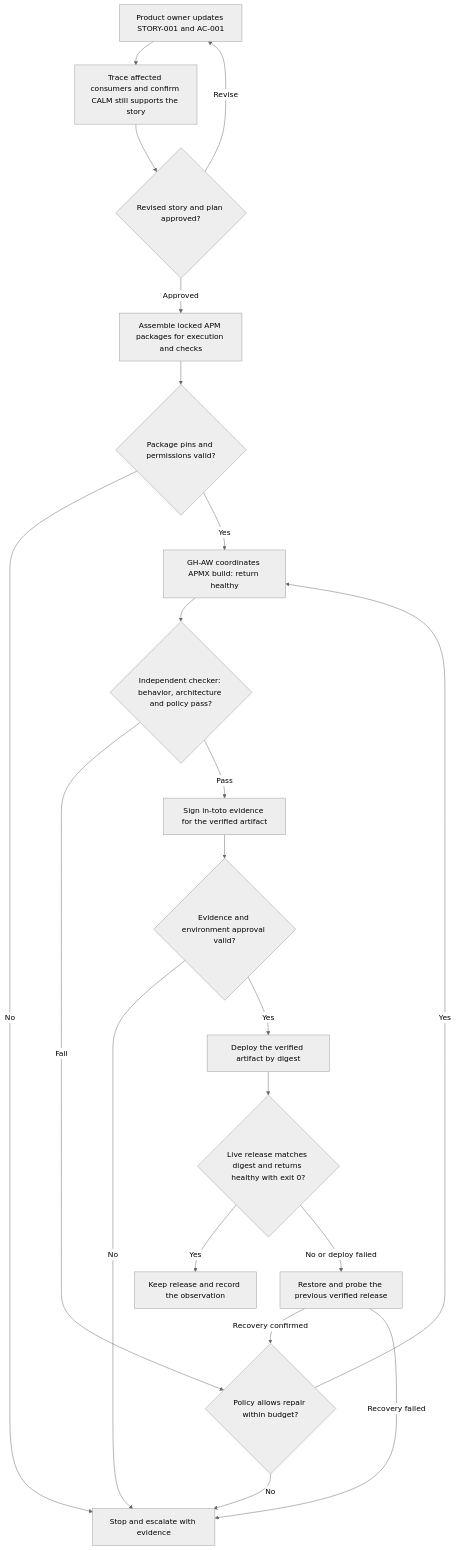
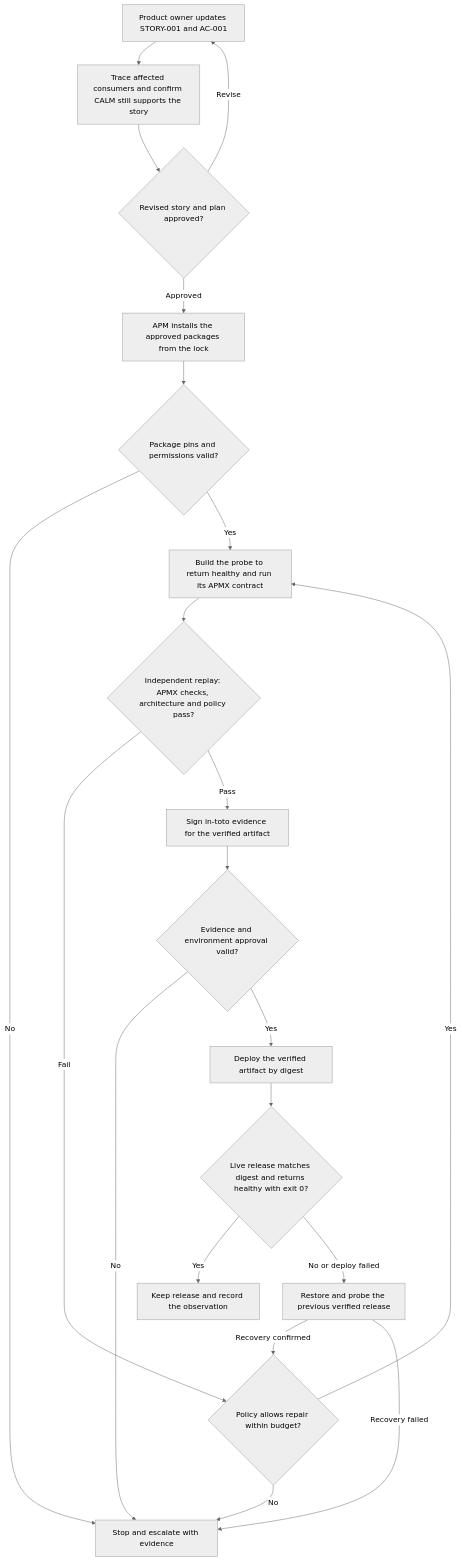
One commit to richgo/forge-kit changed the first of 2 diagrams in README.md. Above: the diagram before and after it, drawn with Mermaid (neutral theme). The commit also changed other lines of this file, not shown here.

Commit message:
Add a Forge Kit executive summary and separate APM from APMX

````diff
--- a/README.md
+++ b/README.md
@@ -34,34 +39,34 @@
 ```mermaid
 flowchart TD
     story["Product owner updates STORY-001 and AC-001"]
     scope["Trace affected consumers and confirm CALM still supports the story"]
     plan{"Revised story and plan approved?"}
-    assembly["Assemble locked APM packages for execution and checks"]
+    assembly["APM installs the approved packages from the lock"]
     packages{"Package pins and permissions valid?"}
-    build["GH-AW coordinates APMX build: return healthy"]
-    check{"Independent checker: behavior, architecture and policy pass?"}
+    build["Build the probe to return healthy and run its APMX contract"]
+    check{"Independent replay: APMX checks, architecture and policy pass?"}
     repair{"Policy allows repair within budget?"}
     proof["Sign in-toto evidence for the verified artifact"]
     release{"Evidence and environment approval valid?"}
     deploy["Deploy the verified artifact by digest"]
     health{"Live release matches digest and returns healthy with exit 0?"}
     retain["Keep release and record the observation"]
     rollback["Restore and probe the previous verified release"]
     stop["Stop and escalate with evidence"]
 
     story --> scope --> plan
     plan -->|Revise| story
     plan -->|Approved| assembly --> packages
     packages -->|No| stop
     packages -->|Yes| build --> check
     check -->|Fail| repair
     check -->|Pass| proof --> release
     release -->|No| stop
     release -->|Yes| deploy --> health
     health -->|Yes| retain
     health -->|No or deploy failed| rollback
     rollback -->|Recovery confirmed| repair
     rollback -->|Recovery failed| stop
     repair -->|Yes| build
     repair -->|No| stop
 ```
````
